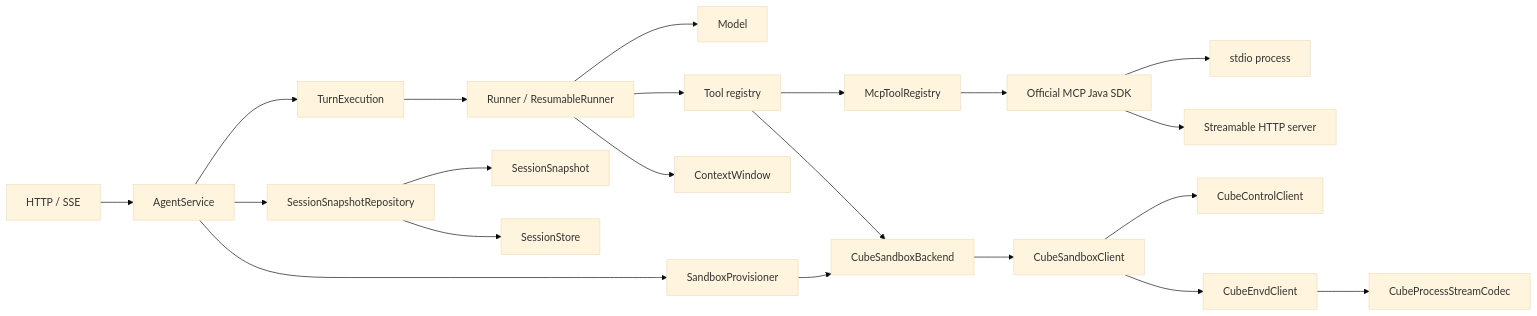
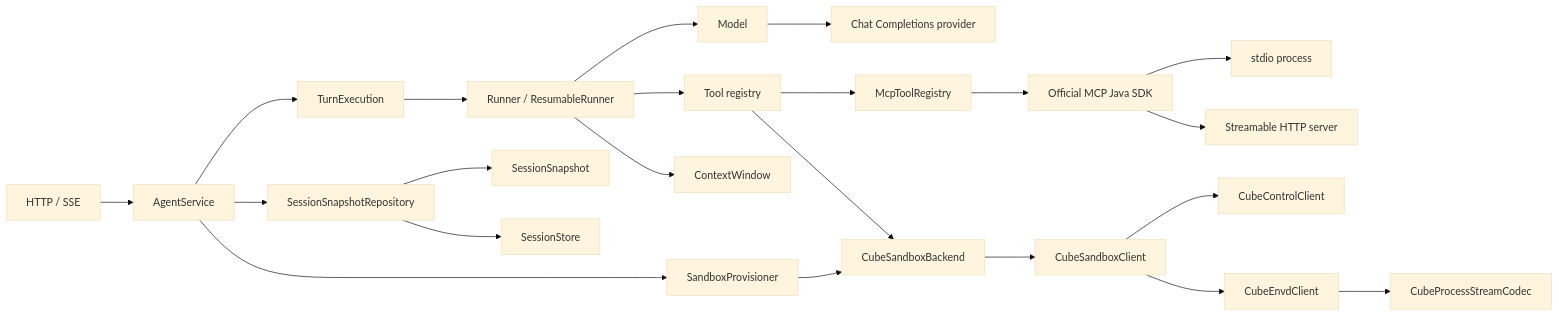
Before and after one commit to yangjj-iso/redy-agents-api: the diagram in docs/architecture.md, drawn with Mermaid (base theme). The commit also changed other lines of this file and 14 other files, not shown here.

Commit message:
Add configurable Chat Completions model adapter

````diff
--- a/docs/architecture.md
+++ b/docs/architecture.md
@@ -5,23 +5,24 @@
 ```mermaid
 flowchart LR
     HTTP[HTTP / SSE] --> Service[AgentService]
     Service --> Worker[TurnExecution]
     Worker --> Runner[Runner / ResumableRunner]
     Service --> Snapshots[SessionSnapshotRepository]
     Snapshots --> Snapshot[SessionSnapshot]
     Service --> Provisioner[SandboxProvisioner]
     Runner --> Model[Model]
+    Model --> Provider[Chat Completions provider]
     Runner --> Tools[Tool registry]
     Runner --> Context[ContextWindow]
     Tools --> MCP[McpToolRegistry]
     MCP --> MCPClient[Official MCP Java SDK]
     MCPClient --> Stdio[stdio process]
     MCPClient --> Remote[Streamable HTTP server]
     Snapshots --> Store[SessionStore]
     Provisioner --> CubeAdapter[CubeSandboxBackend]
     Tools --> CubeAdapter
     CubeAdapter --> CubeClient[CubeSandboxClient]
     CubeClient --> Control[CubeControlClient]
     CubeClient --> Envd[CubeEnvdClient]
     Envd --> Codec[CubeProcessStreamCodec]
 ```
````
